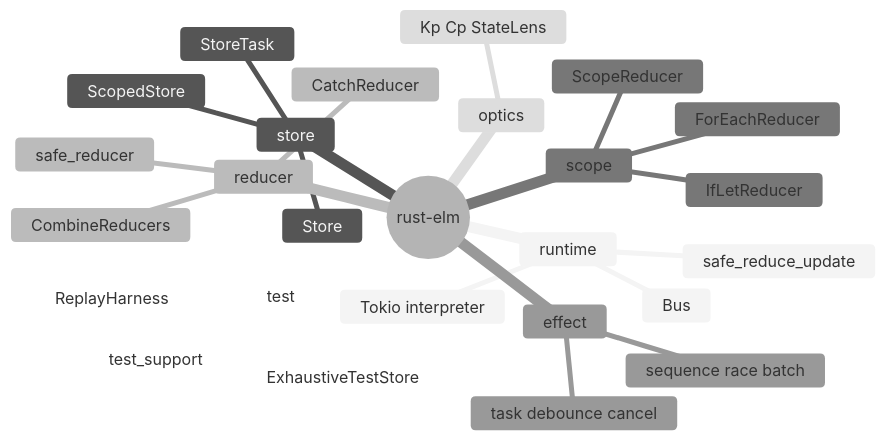
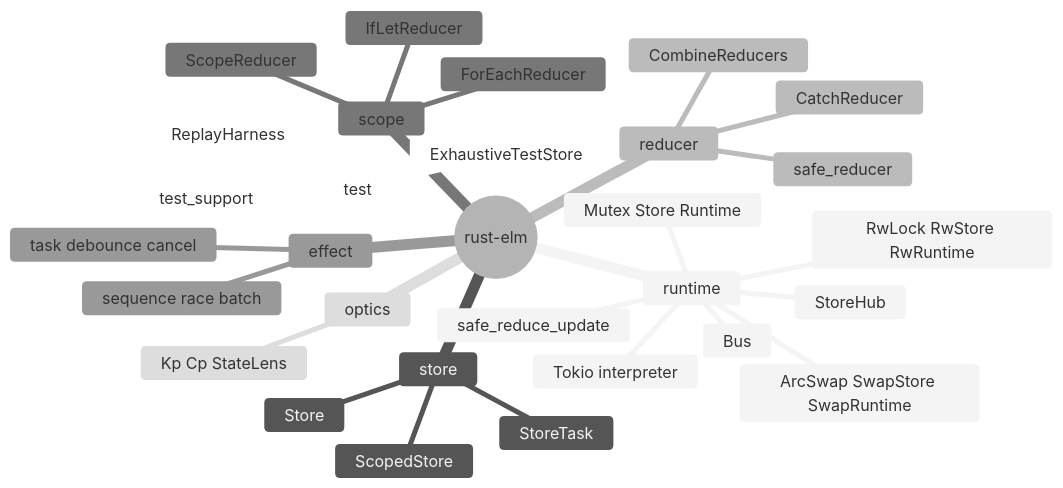
Before and after one commit to akashsoni01/rust-key-paths: the eighth of 8 diagrams in rust-elm/book/architecture.md, drawn with Mermaid (neutral theme). The commit also changed other lines of this file and 5 other files, not shown here.

````diff
--- a/rust-elm/book/architecture.md
+++ b/rust-elm/book/architecture.md
@@ -342,29 +378,33 @@
 ```mermaid
 mindmap
   root((rust-elm))
     runtime
       Bus
+      StoreHub
       Tokio interpreter
       safe_reduce_update
+      Mutex Store Runtime
+      RwLock RwStore RwRuntime
+      ArcSwap SwapStore SwapRuntime
     store
       Store
       ScopedStore
       StoreTask
     reducer
       CombineReducers
       CatchReducer
       safe_reducer
     scope
       ScopeReducer
       IfLetReducer
       ForEachReducer
     effect
       task debounce cancel
       sequence race batch
     optics
       Kp Cp StateLens
     test
       ExhaustiveTestStore
       ReplayHarness
       test_support
 ```
````
